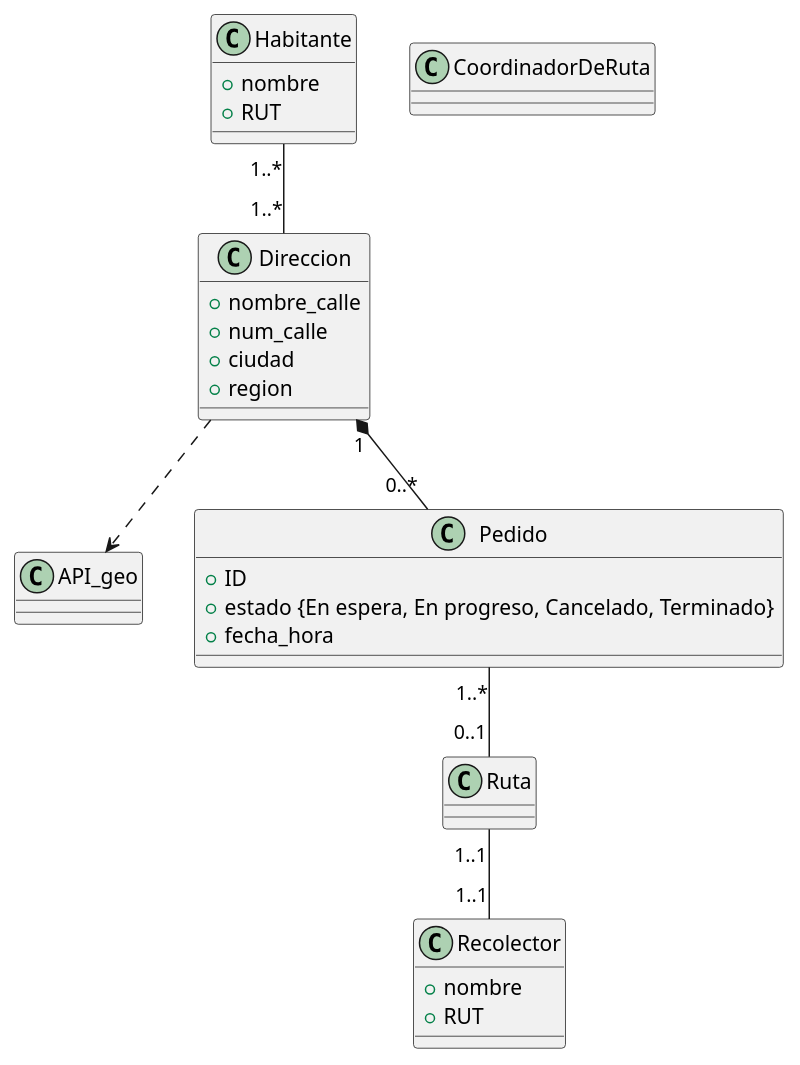
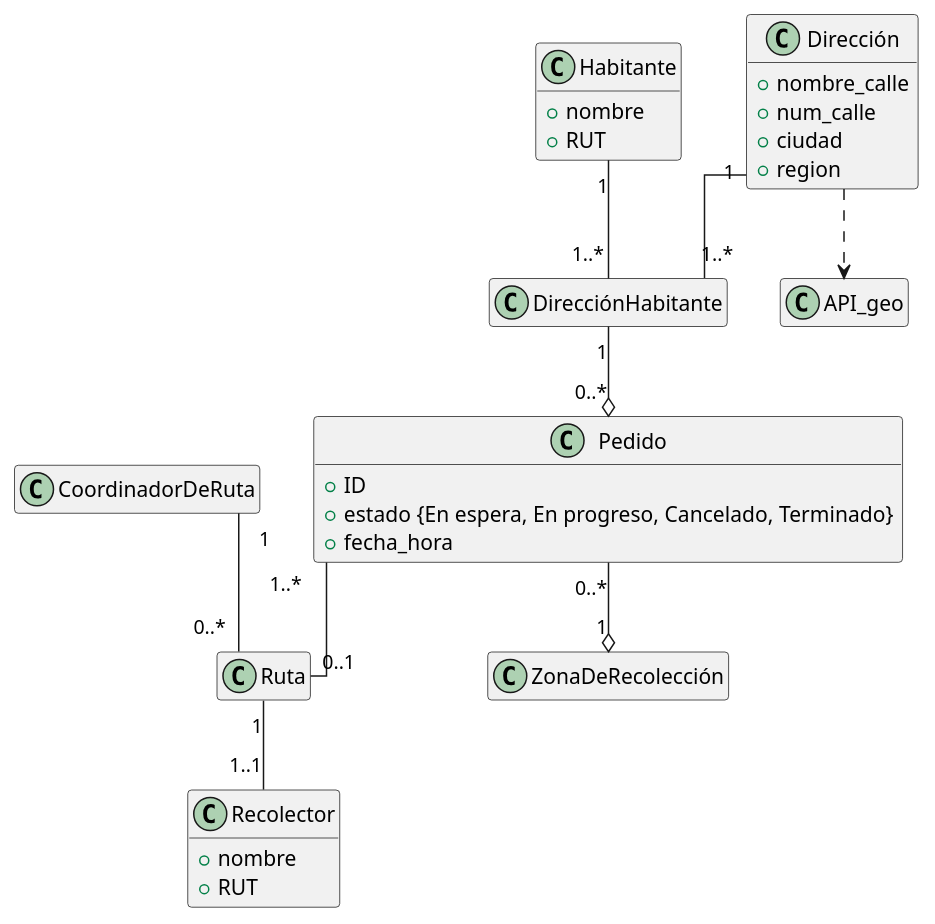
One commit to parlinhoo/ing-software1 changed the diagram in modelo_conceptual.puml. Above: the diagram before and after it, drawn with PlantUML.

Commit message:
Actualización de modelo conceptual.
Añadido modelado para zonas de recolección y mejorada la modelación entre direcciones, habitantes y pedidos.

```diff
--- a/modelo_conceptual.puml
+++ b/modelo_conceptual.puml
@@ -1,30 +1,46 @@
 @startuml
+
+hide empty methods
+skinparam linetype ortho
+hide empty fields
+skinparam legendBackgroundColor #ffffff
+
+
 class Habitante {
     + nombre
     + RUT
 }            
-class Direccion {
+class Dirección {
     + nombre_calle
     + num_calle
     + ciudad
     + region
-}                
+}
+
+class DirecciónHabitante                
 class API_geo
 class Pedido {
     + ID
     + estado {En espera, En progreso, Cancelado, Terminado}
     + fecha_hora
 }
 class Ruta
 class Recolector {
     + nombre
     + RUT
 }
 class CoordinadorDeRuta
+class ZonaDeRecolección
 
-Habitante "1..*" -- "1..*" Direccion
-Direccion ..> API_geo
-Direccion "1" *-- "0..*" Pedido
+Habitante "1" -- "1..*" DirecciónHabitante
+
+Dirección "1" -- "1..*" DirecciónHabitante
+
+DirecciónHabitante "1" --o "0..*" Pedido
+
+Dirección ..> API_geo
 Pedido "1..*" -- "0..1" Ruta
-Ruta "1..1" -- "1..1" Recolector
+Ruta "1" -- "1..1" Recolector
+CoordinadorDeRuta "1" -- "0..*" Ruta
+Pedido "0..*" --o "1" ZonaDeRecolección
 @enduml
```
